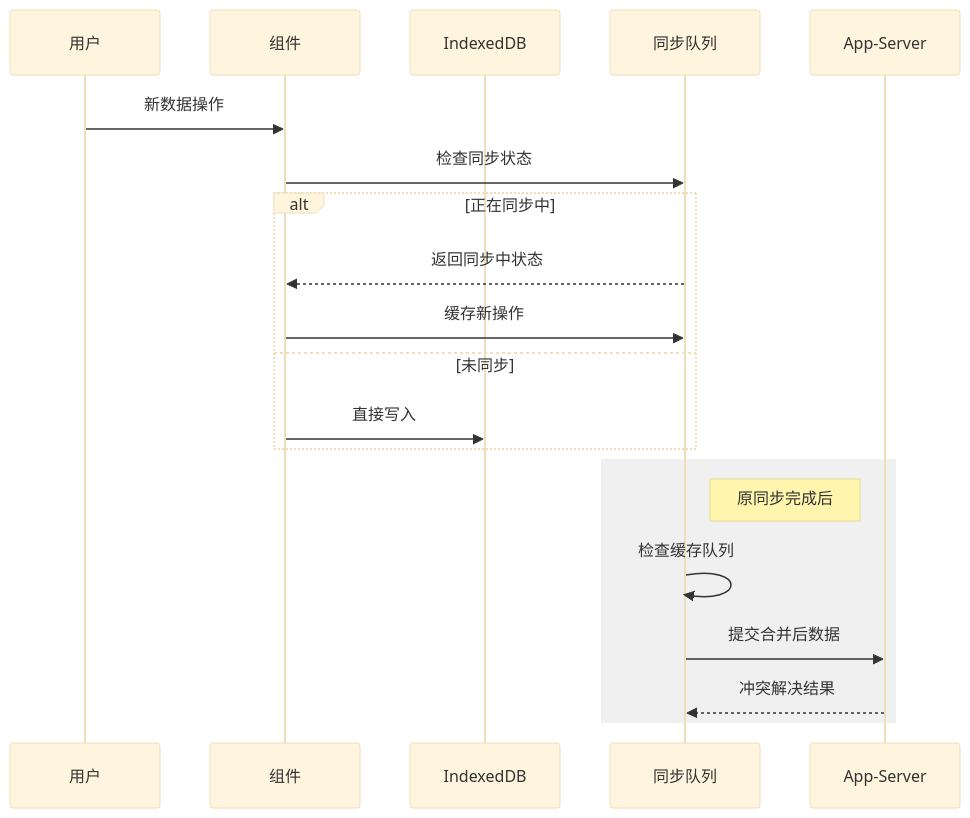
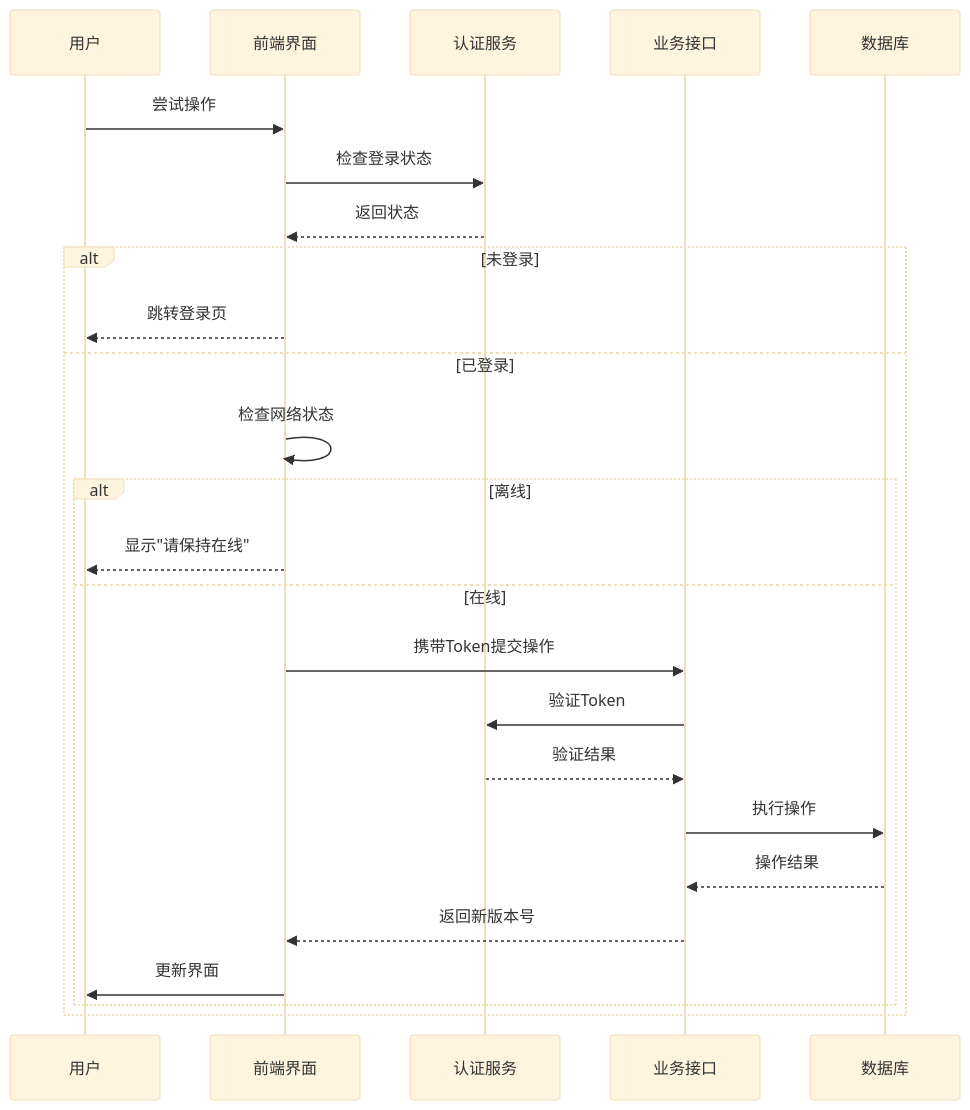
One commit to yingjianzh/iodraw-files changed the diagram in all/未命名-24.md. Above: the diagram before and after it, drawn with Mermaid (base theme).

Commit message:
2025-02-24 11:15:02 update

````diff
--- a/all/未命名-24.md
+++ b/all/未命名-24.md
@@ -1,27 +1,29 @@
 ```mermaid
+sequenceDiagram
+    participant U as 用户
+    participant UI as 前端界面
+    participant Auth as 认证服务
+    participant API as 业务接口
+    participant DB as 数据库
 
-sequenceDiagram
-    participant 用户
-    participant 组件
-    participant IndexedDB
-    participant 同步队列
-    participant App-Server
-
-
-    用户->>组件: 新数据操作
-    组件->>同步队列: 检查同步状态
-    alt 正在同步中
-        同步队列-->>组件: 返回同步中状态
-        组件->>同步队列: 缓存新操作
-    else 未同步
-        组件->>IndexedDB: 直接写入
+    U->>UI: 尝试操作
+    UI->>Auth: 检查登录状态
+    Auth-->>UI: 返回状态
+    
+    alt 未登录
+        UI-->>U: 跳转登录页
+    else 已登录
+        UI->>UI: 检查网络状态
+        alt 离线
+            UI-->>U: 显示"请保持在线"
+        else 在线
+            UI->>API: 携带Token提交操作
+            API->>Auth: 验证Token
+            Auth-->>API: 验证结果
+            API->>DB: 执行操作
+            DB-->>API: 操作结果
+            API-->>UI: 返回新版本号
+            UI->>U: 更新界面
+        end
     end
-    
-    rect rgb(240,240,240)
-    Note right of 同步队列: 原同步完成后
-    同步队列->>同步队列: 检查缓存队列
-    同步队列->>App-Server: 提交合并后数据
-    App-Server-->>同步队列: 冲突解决结果
-    end
-
 ```
````
